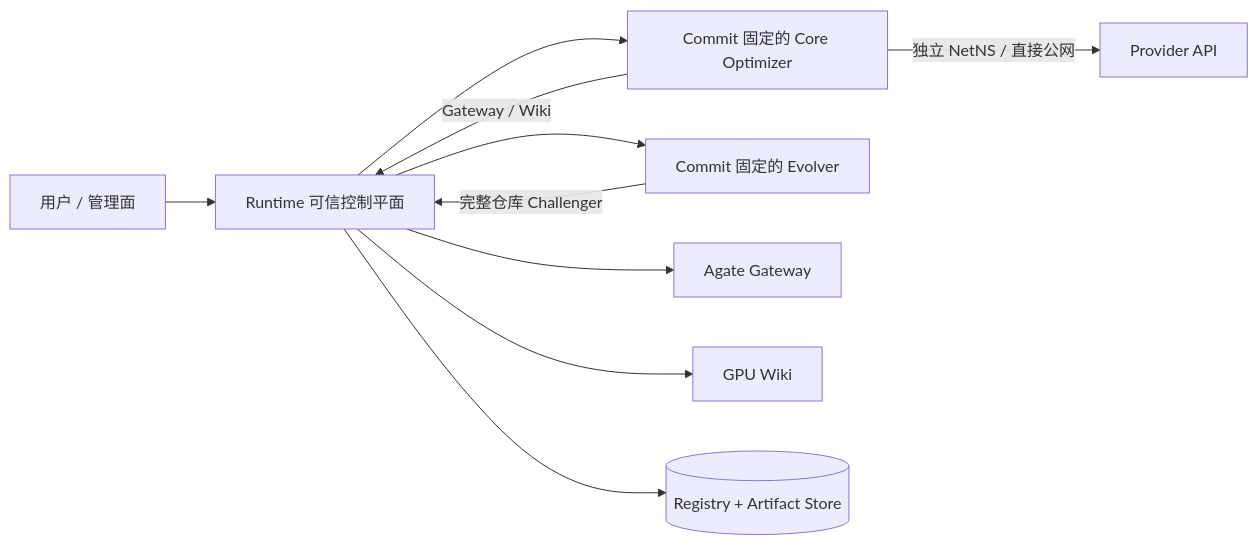
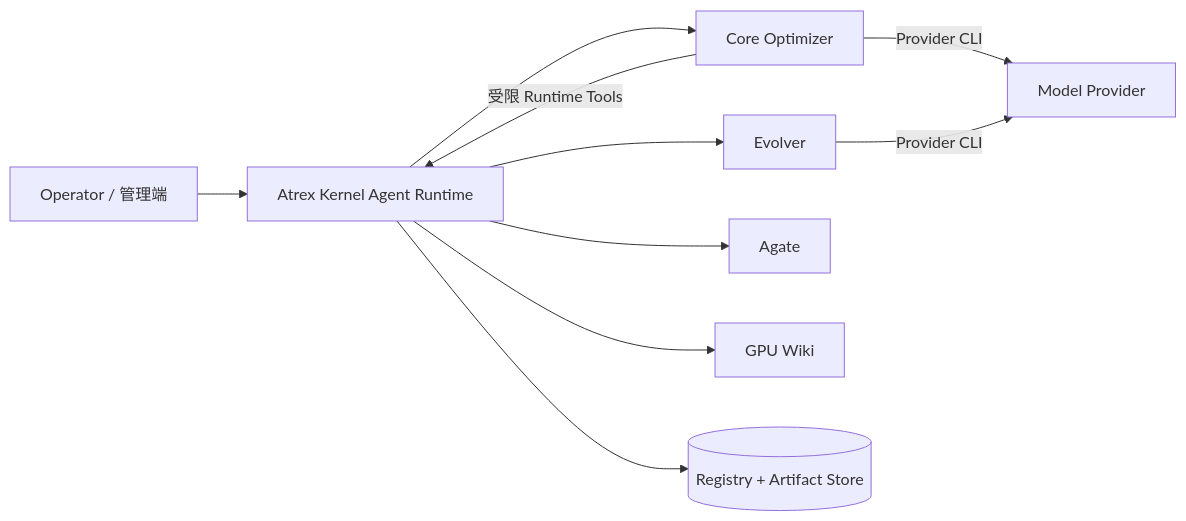
The diagram in docs/architecture.zh.md (guoyuqi020/atrex-kernel-agent-runtime), drawn with Mermaid before and after one commit. The commit also changed other lines of this file and 69 other files, not shown here.

````diff
--- a/docs/architecture.zh.md
+++ b/docs/architecture.zh.md
@@ -7,12 +11,12 @@
 ```mermaid
 flowchart LR
-    U["用户 / 管理面"] --> R["Runtime 可信控制平面"]
-    R --> C["Commit 固定的 Core Optimizer"]
-    R --> E["Commit 固定的 Evolver"]
-    C -->|"Gateway / Wiki"| R
-    C -->|"独立 NetNS / 直接公网"| P["Provider API"]
-    R --> G["Agate Gateway"]
+    U["Operator / 管理端"] --> R["Atrex Kernel Agent Runtime"]
+    R --> C["Core Optimizer"]
+    R --> E["Evolver"]
+    C -->|"受限 Runtime Tools"| R
+    R --> G["Agate"]
     R --> W["GPU Wiki"]
     R --> S[("Registry + Artifact Store")]
-    E -->|"完整仓库 Challenger"| R
+    C -->|"Provider CLI"| P["Model Provider"]
+    E -->|"Provider CLI"| P
 ```
````
